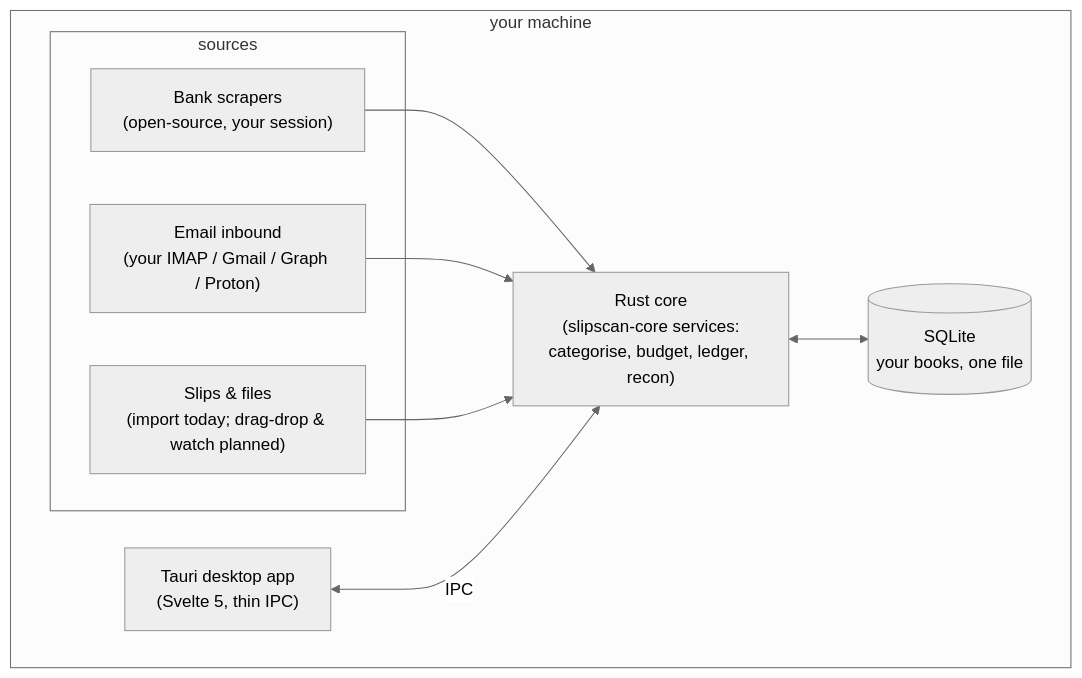
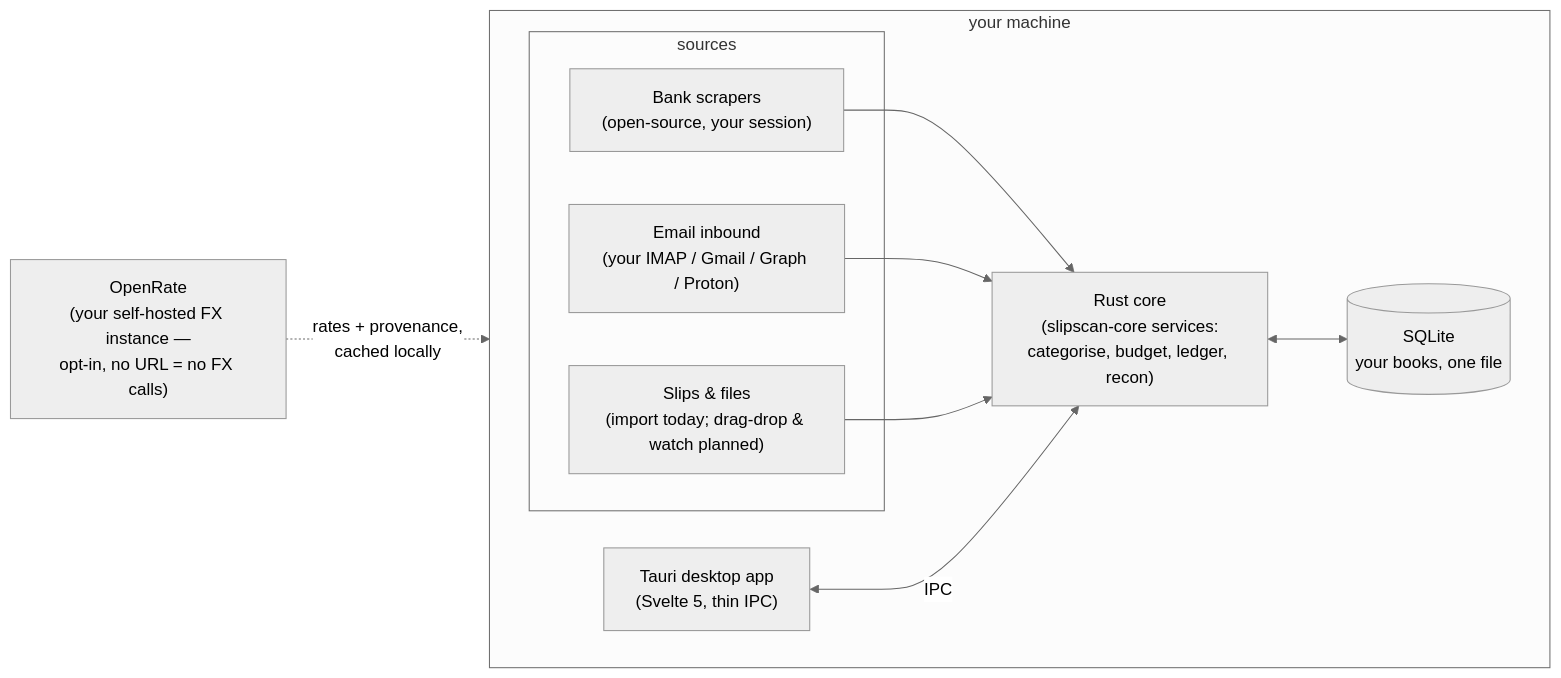
One commit to vul-os/slipscan changed the first of 2 diagrams in README.md. Above: the diagram before and after it, drawn with Mermaid (neutral theme). The commit also changed other lines of this file and 45 other files, not shown here.

````diff
--- a/README.md
+++ b/README.md
@@ -122,19 +125,21 @@
 ```mermaid
 flowchart LR
     subgraph machine["your machine"]
         direction LR
         subgraph sources["sources"]
             bank["Bank scrapers<br/>(open-source, your session)"]
             mail["Email inbound<br/>(your IMAP / Gmail / Graph / Proton)"]
             files["Slips &amp; files<br/>(import today; drag-drop &amp; watch planned)"]
         end
         core["Rust core<br/>(slipscan-core services:<br/>categorise, budget, ledger, recon)"]
         db[("SQLite<br/>your books, one file")]
         app["Tauri desktop app<br/>(Svelte 5, thin IPC)"]
         bank --> core
         mail --> core
         files --> core
         core <--> db
         app <-->|"IPC"| core
     end
+    openrate["OpenRate<br/>(your self-hosted FX instance —<br/>opt-in, no URL = no FX calls)"]
+    openrate -.->|"rates + provenance,<br/>cached locally"| core
 ```
````
